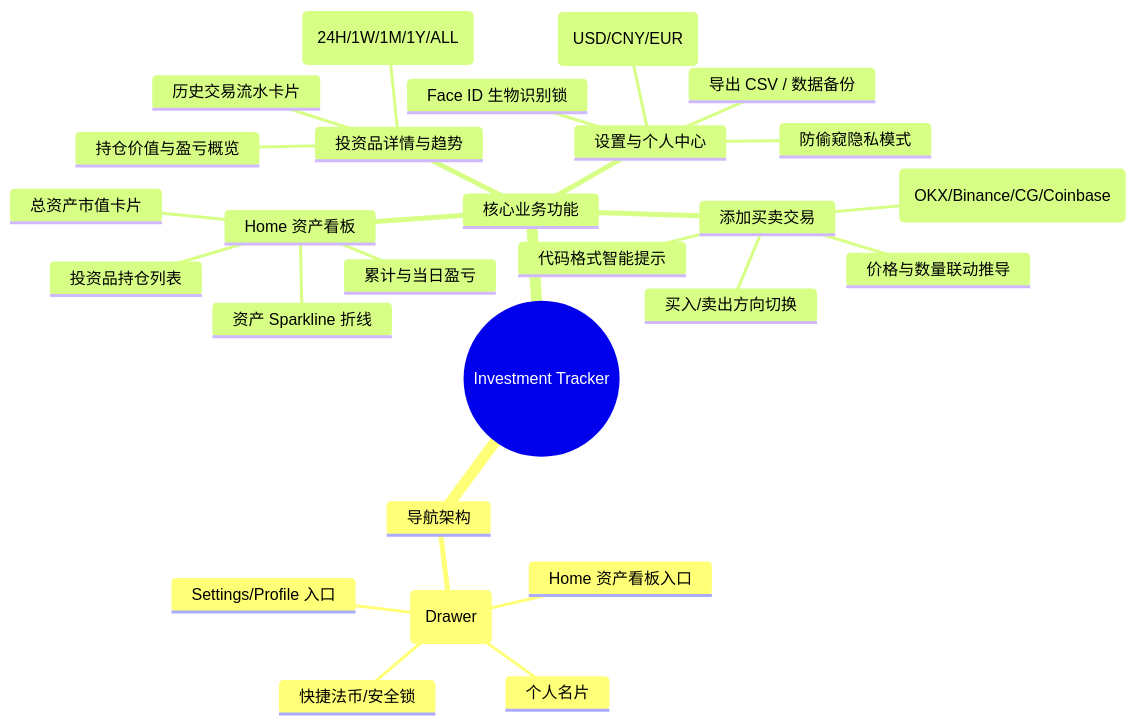
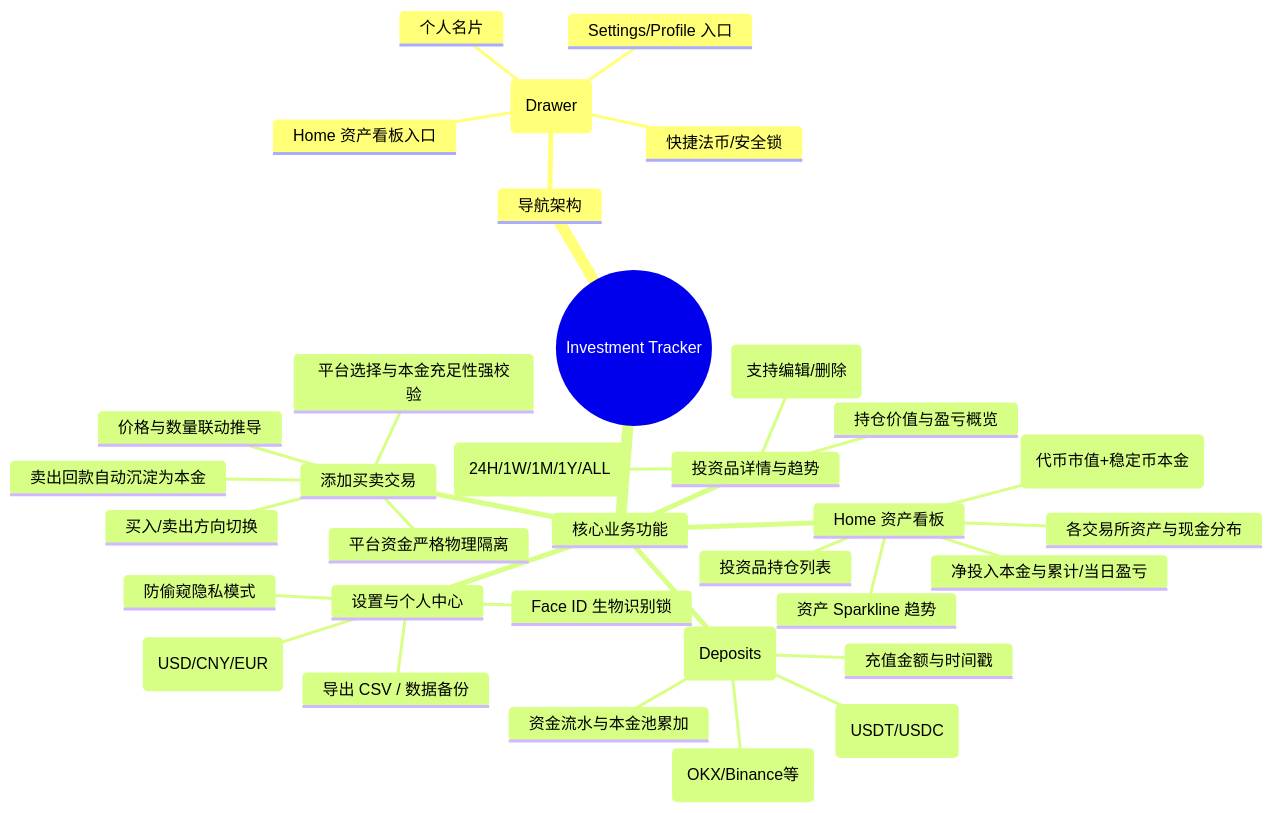
One commit to rick-hayek/investment-tracker changed the diagram in document/PRD.md. Above: the diagram before and after it, drawn with Mermaid. The commit also changed other lines of this file and 43 other files, not shown here.

Commit message:
feat: add deposit and capital flow tracking with repository support, UI components, and tests

````diff
--- a/document/PRD.md
+++ b/document/PRD.md
@@ -37,30 +43,37 @@
 ```mermaid
 mindmap
   root((Investment Tracker))
     导航架构
       侧边栏抽屉 (Drawer)
         个人名片
         Home 资产看板入口
         Settings/Profile 入口
         快捷法币/安全锁
     核心业务功能
       Home 资产看板
-        总资产市值卡片
-        累计与当日盈亏
-        资产 Sparkline 折线
+        全平台总财产卡片 (代币市值+稳定币本金)
+        净投入本金与累计/当日盈亏
+        资产 Sparkline 趋势
+        各交易所资产与现金分布
         投资品持仓列表
+      平台本金充值 (Deposits)
+        目标交易所选择 (OKX/Binance等)
+        稳定币币种选择 (USDT/USDC)
+        充值金额与时间戳
+        资金流水与本金池累加
       添加买卖交易
         买入/卖出方向切换
-        平台选择 (OKX/Binance/CG/Coinbase)
-        代码格式智能提示
+        平台选择与本金充足性强校验
+        平台资金严格物理隔离
+        卖出回款自动沉淀为本金
         价格与数量联动推导
       投资品详情与趋势
         持仓价值与盈亏概览
         分时走势图 (24H/1W/1M/1Y/ALL)
-        历史交易流水卡片
+        历史交易流水卡片 (支持编辑/删除)
       设置与个人中心
         基准法币切换 (USD/CNY/EUR)
         防偷窥隐私模式
         导出 CSV / 数据备份
         Face ID 生物识别锁
 ```
````
